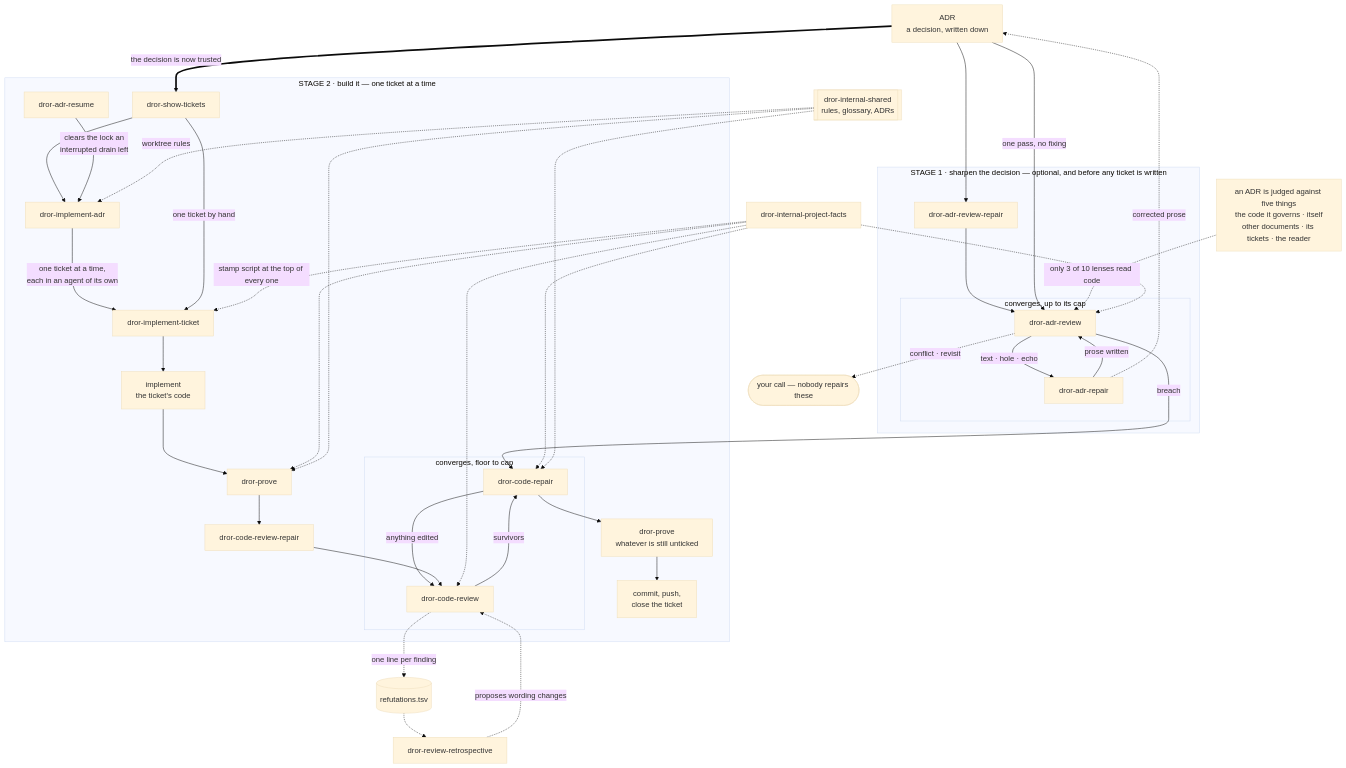
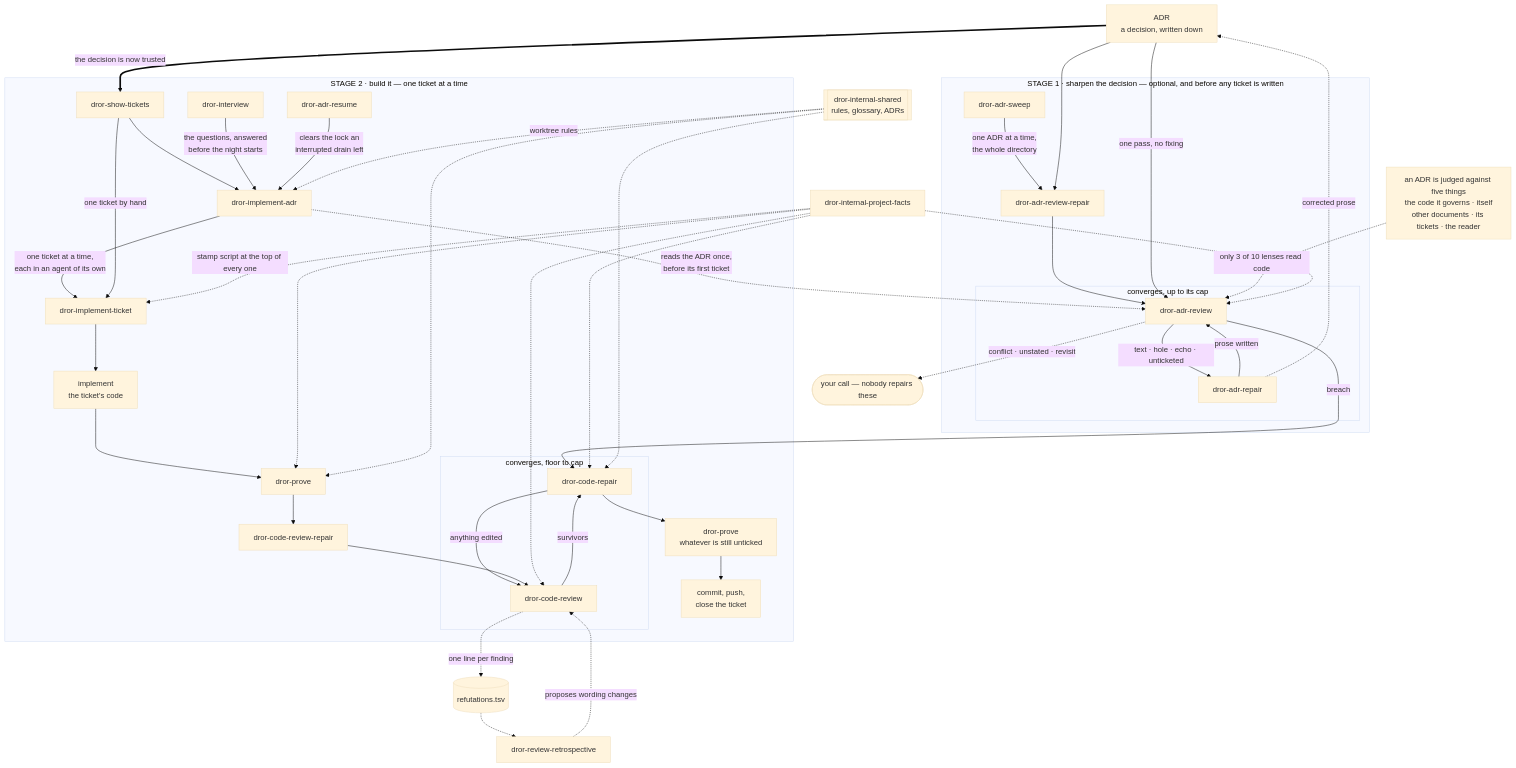
One commit to drormeir/dror-skills changed the diagram in STRUCTURE.md. Above: the diagram before and after it, drawn with Mermaid (base theme). The commit also changed other lines of this file and 53 other files, not shown here.

````diff
--- a/STRUCTURE.md
+++ b/STRUCTURE.md
@@ -74,63 +74,66 @@
 ```mermaid
 flowchart TD
     ADR["ADR<br/>a decision, written down"]
 
     subgraph sharpen ["STAGE 1 · sharpen the decision — optional, and before any ticket is written"]
+        SW[dror-adr-sweep] -->|"one ADR at a time,<br/>the whole directory"| ARR
         ARR[dror-adr-review-repair]
 
         subgraph adrloop ["converges, up to its cap"]
-            AR[dror-adr-review] -->|"text · hole · echo"| ARP[dror-adr-repair]
+            AR[dror-adr-review] -->|"text · hole · echo · unticketed"| ARP[dror-adr-repair]
             ARP -->|prose written| AR
         end
 
         ARR --> AR
     end
 
     ADR --> ARR
     ADR -->|"one pass, no fixing"| AR
     ARP -.->|corrected prose| ADR
 
     AXES["an ADR is judged against five things<br/>the code it governs · itself<br/>other documents · its tickets · the reader"]
     AXES -.->|only 3 of 10 lenses read code| AR
 
-    AR -.->|"conflict · revisit"| YOU(["your call — nobody repairs these"])
+    AR -.->|"conflict · unstated · revisit"| YOU(["your call — nobody repairs these"])
 
     subgraph build ["STAGE 2 · build it — one ticket at a time"]
         ST[dror-show-tickets] --> IA[dror-implement-adr]
+        DA[dror-interview] -->|"the questions, answered<br/>before the night starts"| IA
         RES[dror-adr-resume] -->|"clears the lock an<br/>interrupted drain left"| IA
         IA -->|"one ticket at a time,<br/>each in an agent of its own"| IT[dror-implement-ticket]
         ST -->|one ticket by hand| IT
 
         IT --> IMPL["implement<br/>the ticket's code"]
         IMPL --> PV[dror-prove]
         PV --> RR[dror-code-review-repair]
 
         subgraph loop ["converges, floor to cap"]
             RV[dror-code-review] -->|survivors| RP[dror-code-repair]
             RP -->|anything edited| RV
         end
 
         RR --> RV
         RP --> PV2["dror-prove<br/>whatever is still unticked"]
         PV2 --> CM["commit, push,<br/>close the ticket"]
     end
 
     ADR ==>|"the decision is now trusted"| ST
     AR -->|breach| RP
+    IA -.->|"reads the ADR once,<br/>before its first ticket"| AR
 
     RV -.->|one line per finding| LOG[("refutations.tsv")]
     LOG -.-> RETRO[dror-review-retrospective]
     RETRO -.->|proposes wording changes| RV
 
     PF[dror-internal-project-facts]
     PF -.->|stamp script at the top of every one| IT
     PF -.-> PV
     PF -.-> RV
     PF -.-> RP
     PF -.-> AR
 
     SH[["dror-internal-shared<br/>rules, glossary, ADRs"]]
     SH -.-> PV
     SH -.-> RP
     SH -.->|worktree rules| IA
 ```
````
